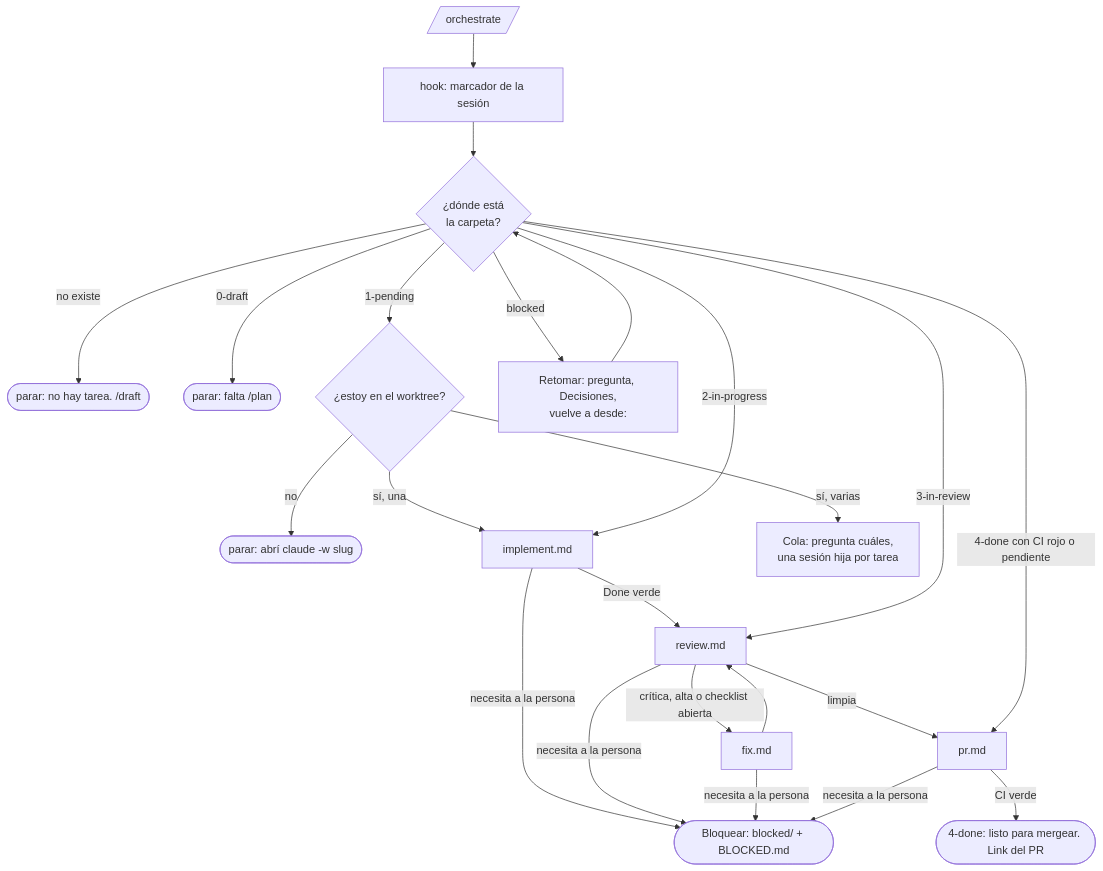
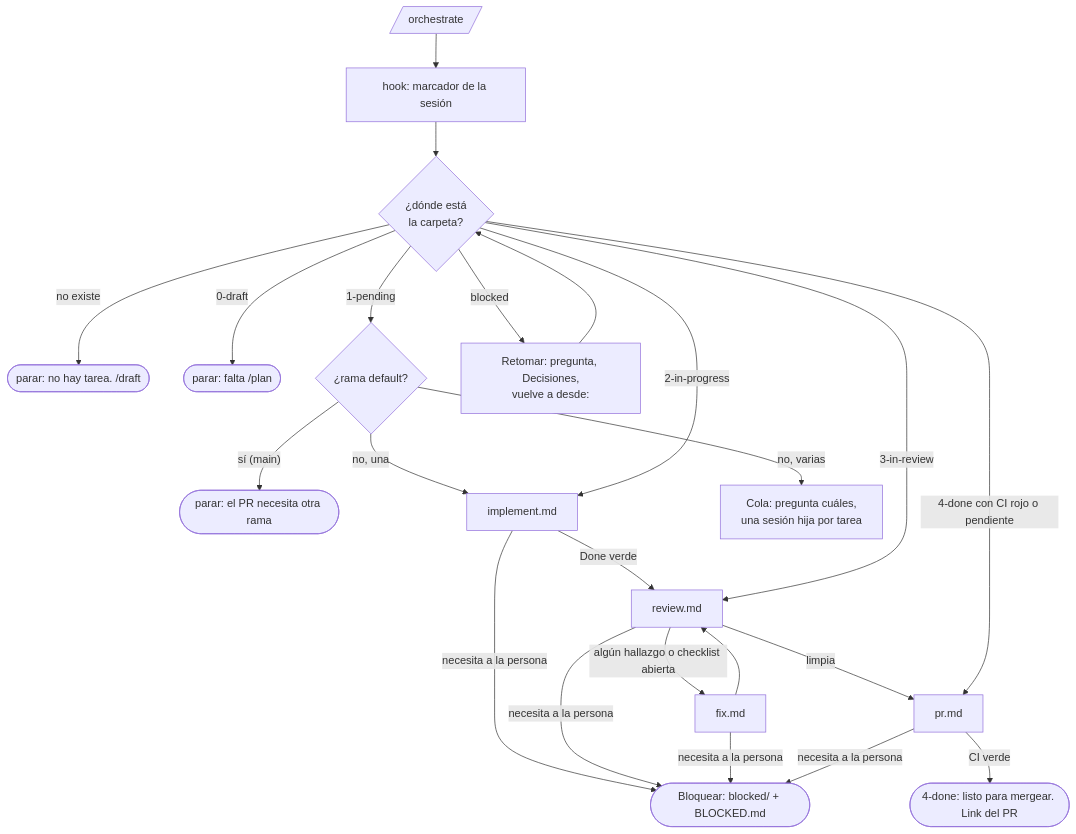
The second of 3 diagrams in skills/workflow/references/orchestrate.md (octavio-parozlabs/mindstack), drawn with Mermaid before and after one commit. The commit also changed other lines of this file and 36 other files, not shown here.

````diff
--- a/skills/workflow/references/orchestrate.md
+++ b/skills/workflow/references/orchestrate.md
@@ -29,19 +29,19 @@
 ```mermaid
 flowchart TD
     IN[/orchestrate/] --> MK["hook: marcador de la sesión"] --> ST{¿dónde está\nla carpeta?}
     ST -- no existe --> FIN0(["parar: no hay tarea. /draft"])
     ST -- 0-draft --> FIN1(["parar: falta /plan"])
-    ST -- 1-pending --> WT{¿estoy en el worktree?}
-    WT -- no --> FIN2(["parar: abrí claude -w slug"])
-    WT -- "sí, una" --> IM[implement.md]
-    WT -- "sí, varias" --> CQ["Cola: pregunta cuáles,\nuna sesión hija por tarea"]
+    ST -- 1-pending --> WT{¿rama default?}
+    WT -- "sí (main)" --> FIN2(["parar: el PR necesita otra rama"])
+    WT -- "no, una" --> IM[implement.md]
+    WT -- "no, varias" --> CQ["Cola: pregunta cuáles,\nuna sesión hija por tarea"]
     ST -- 2-in-progress --> IM
     ST -- blocked --> UB["Retomar: pregunta, Decisiones,\nvuelve a desde:"] --> ST
     IM -- Done verde --> RV[review.md]
     ST -- 3-in-review --> RV
-    RV -- "crítica, alta o checklist abierta" --> CO[fix.md] --> RV
+    RV -- "algún hallazgo o checklist abierta" --> CO[fix.md] --> RV
     RV -- limpia --> PRC[pr.md]
     ST -- "4-done con CI rojo o pendiente" --> PRC
     PRC -- CI verde --> DONE(["4-done: listo para mergear. Link del PR"])
     IM & RV & CO & PRC -- "necesita a la persona" --> BL(["Bloquear: blocked/ + BLOCKED.md"])
 ```
````
